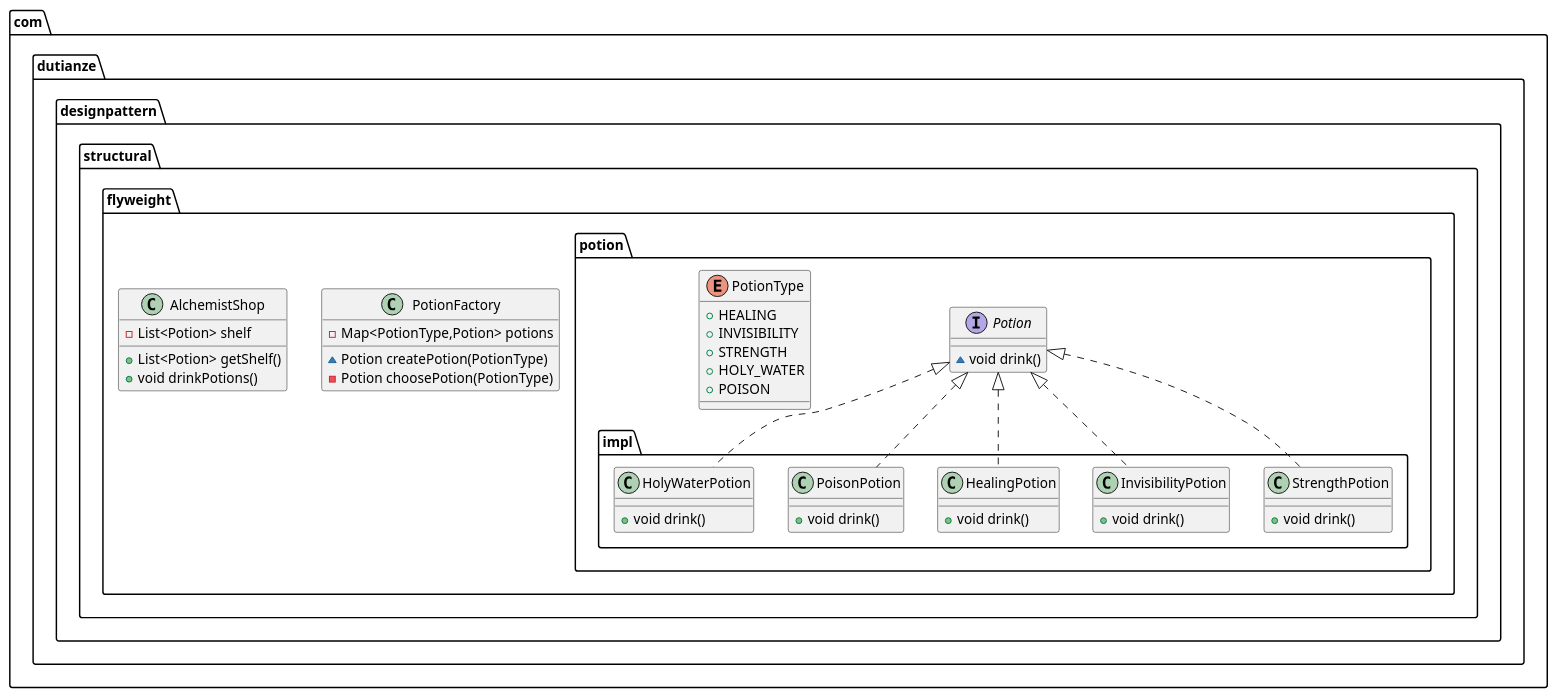
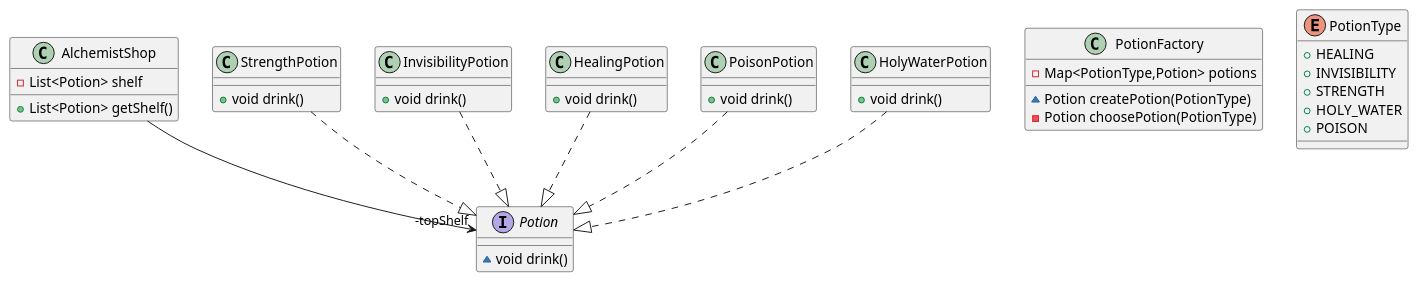
The diagram in design/design-pattern/src/main/java/com/dutianze/designpattern/structural/flyweight/flyweight.puml (duTianze/my-java), drawn with PlantUML before and after one commit.

```diff
--- a/design/design-pattern/src/main/java/com/dutianze/designpattern/structural/flyweight/flyweight.puml
+++ b/design/design-pattern/src/main/java/com/dutianze/designpattern/structural/flyweight/flyweight.puml
@@ -1,44 +1,44 @@
 @startuml
-interface com.dutianze.designpattern.structural.flyweight.potion.Potion {
+interface Potion {
 ~ void drink()
 }
-class com.dutianze.designpattern.structural.flyweight.PotionFactory {
+class PotionFactory {
 - Map<PotionType,Potion> potions
 ~ Potion createPotion(PotionType)
 - Potion choosePotion(PotionType)
 }
-class com.dutianze.designpattern.structural.flyweight.AlchemistShop {
+class AlchemistShop {
 - List<Potion> shelf
 + List<Potion> getShelf()
-+ void drinkPotions()
 }
-class com.dutianze.designpattern.structural.flyweight.potion.impl.StrengthPotion {
+class StrengthPotion {
 + void drink()
 }
-class com.dutianze.designpattern.structural.flyweight.potion.impl.InvisibilityPotion {
+class InvisibilityPotion {
 + void drink()
 }
-enum com.dutianze.designpattern.structural.flyweight.potion.PotionType {
+enum PotionType {
 +  HEALING
 +  INVISIBILITY
 +  STRENGTH
 +  HOLY_WATER
 +  POISON
 }
-class com.dutianze.designpattern.structural.flyweight.potion.impl.HealingPotion {
+class HealingPotion {
 + void drink()
 }
-class com.dutianze.designpattern.structural.flyweight.potion.impl.PoisonPotion {
+class PoisonPotion {
 + void drink()
 }
-class com.dutianze.designpattern.structural.flyweight.potion.impl.HolyWaterPotion {
+class HolyWaterPotion {
 + void drink()
 }
 
 
-com.dutianze.designpattern.structural.flyweight.potion.Potion <|.. com.dutianze.designpattern.structural.flyweight.potion.impl.StrengthPotion
-com.dutianze.designpattern.structural.flyweight.potion.Potion <|.. com.dutianze.designpattern.structural.flyweight.potion.impl.InvisibilityPotion
-com.dutianze.designpattern.structural.flyweight.potion.Potion <|.. com.dutianze.designpattern.structural.flyweight.potion.impl.HealingPotion
-com.dutianze.designpattern.structural.flyweight.potion.Potion <|.. com.dutianze.designpattern.structural.flyweight.potion.impl.PoisonPotion
-com.dutianze.designpattern.structural.flyweight.potion.Potion <|.. com.dutianze.designpattern.structural.flyweight.potion.impl.HolyWaterPotion
+AlchemistShop -->  "-topShelf" Potion
+HealingPotion ..|> Potion
+HolyWaterPotion ..|> Potion
+InvisibilityPotion ..|> Potion
+PoisonPotion ..|> Potion
+StrengthPotion ..|> Potion
 @enduml
```
